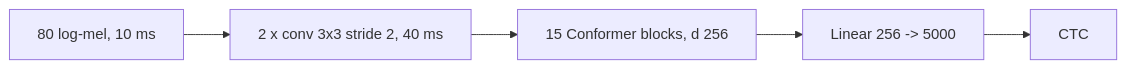
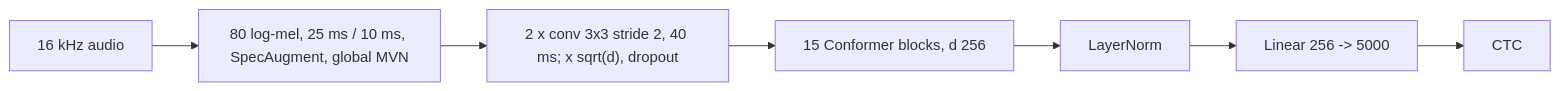
The third of 5 diagrams in docs/architecture.md (vakharwalad23/grassmann-speech), drawn with Mermaid before and after one commit. The commit also changed other lines of this file and 2 other files, not shown here.

Commit message:
docs: add e02 architecture, math and plan

````diff
--- a/docs/architecture.md
+++ b/docs/architecture.md
@@ -93,7 +94,9 @@
 ```mermaid
 flowchart LR
-    X["80 log-mel, 10 ms"] --> S["2 x conv 3x3 stride 2, 40 ms"]
+    W["16 kHz audio"] --> X["80 log-mel, 25 ms / 10 ms, SpecAugment, global MVN"]
+    X --> S["2 x conv 3x3 stride 2, 40 ms; x sqrt(d), dropout"]
     S --> C["15 Conformer blocks, d 256"]
-    C --> H["Linear 256 -> 5000"]
+    C --> N[LayerNorm]
+    N --> H["Linear 256 -> 5000"]
     H --> CTC[CTC]
 ```
````
